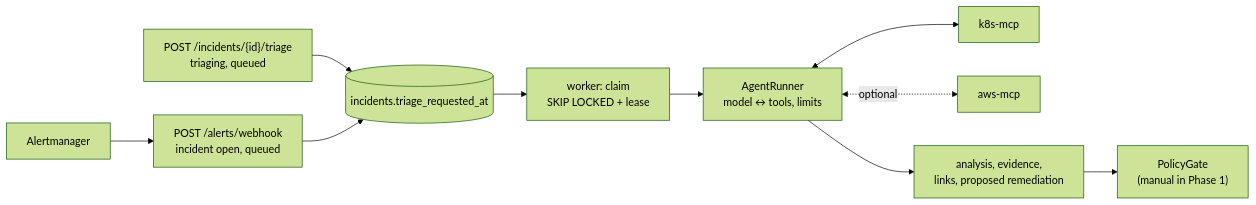
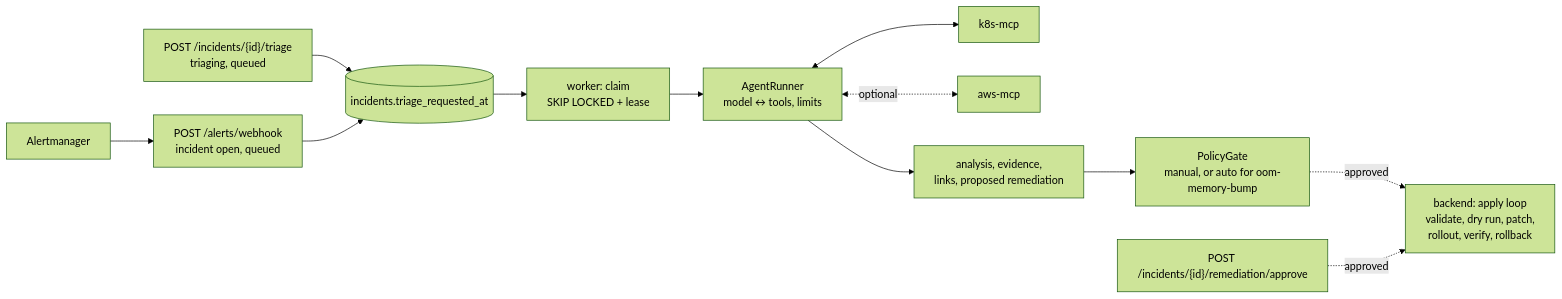
Before and after one commit to jennasrunbooks/consoletrack: the fifth of 5 diagrams in docs/architecture.md, drawn with Mermaid (forest theme). The commit also changed other lines of this file and 57 other files, not shown here.

First line of the commit message:
feat(backend): OOM auto-fix behind the policy gate (graduation phase 1) (#63)

````diff
--- a/docs/architecture.md
+++ b/docs/architecture.md
@@ -89,12 +110,14 @@
 ```mermaid
 flowchart LR
   am["Alertmanager"] --> webhook["POST /alerts/webhook<br/>incident open, queued"]
   rerun["POST /incidents/{id}/triage<br/>triaging, queued"] --> queue
   webhook --> queue[("incidents.triage_requested_at")]
   queue --> claim["worker: claim<br/>SKIP LOCKED + lease"]
   claim --> runner["AgentRunner<br/>model ↔ tools, limits"]
   runner <--> k8s["k8s-mcp"]
   runner <-.optional.-> aws["aws-mcp"]
   runner --> record["analysis, evidence,<br/>links, proposed remediation"]
-  record --> gate["PolicyGate<br/>(manual in Phase 1)"]
+  record --> gate["PolicyGate<br/>manual, or auto for oom-memory-bump"]
+  gate -.approved.-> apply["backend: apply loop<br/>validate, dry run, patch,<br/>rollout, verify, rollback"]
+  admin["POST /incidents/{id}/remediation/approve"] -.approved.-> apply
 ```
````
